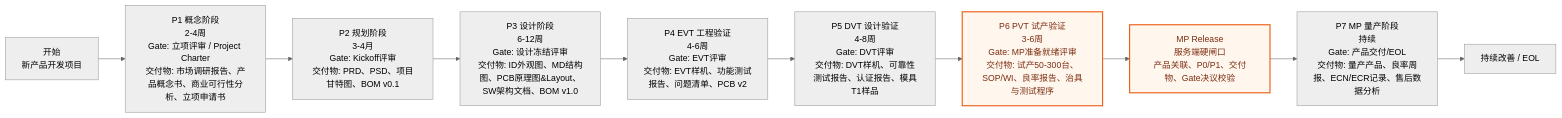
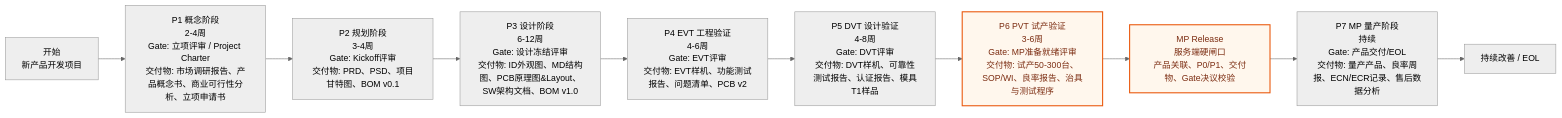
Before and after one commit to RealHanweiHu/ce-project-hub: the second of 7 diagrams in docs/design/current-sop-flowcharts.md, drawn with Mermaid (neutral theme). The commit also changed other lines of this file and 3 other files, not shown here.

````diff
--- a/docs/design/current-sop-flowcharts.md
+++ b/docs/design/current-sop-flowcharts.md
@@ -33,15 +33,15 @@
 ```mermaid
 flowchart LR
   N0["开始<br/>新产品开发项目"] --> N1["P1 概念阶段<br/>2-4周<br/>Gate: 立项评审 / Project Charter<br/>交付物: 市场调研报告、产品概念书、商业可行性分析、立项申请书"]
-  N1 --> N2["P2 规划阶段<br/>3-4月<br/>Gate: Kickoff评审<br/>交付物: PRD、PSD、项目甘特图、BOM v0.1"]
+  N1 --> N2["P2 规划阶段<br/>3-4周<br/>Gate: Kickoff评审<br/>交付物: PRD、PSD、项目甘特图、BOM v0.1"]
   N2 --> N3["P3 设计阶段<br/>6-12周<br/>Gate: 设计冻结评审<br/>交付物: ID外观图、MD结构图、PCB原理图&Layout、SW架构文档、BOM v1.0"]
   N3 --> N4["P4 EVT 工程验证<br/>4-6周<br/>Gate: EVT评审<br/>交付物: EVT样机、功能测试报告、问题清单、PCB v2"]
   N4 --> N5["P5 DVT 设计验证<br/>4-8周<br/>Gate: DVT评审<br/>交付物: DVT样机、可靠性测试报告、认证报告、模具T1样品"]
   N5 --> N6["P6 PVT 试产验证<br/>3-6周<br/>Gate: MP准备就绪评审<br/>交付物: 试产50-300台、SOP/WI、良率报告、治具与测试程序"]
   N6 --> NRelease["MP Release<br/>服务端硬闸口<br/>产品关联、P0/P1、交付物、Gate决议校验"]
   NRelease --> N7["P7 MP 量产阶段<br/>持续<br/>Gate: 产品交付/EOL<br/>交付物: 量产产品、良率周报、ECN/ECR记录、售后数据分析"]
   N7 --> NEnd["持续改善 / EOL"]
 
   classDef release fill:#fff7ed,stroke:#ea580c,color:#7c2d12,stroke-width:2px;
   class N6,NRelease release;
 ```
````
